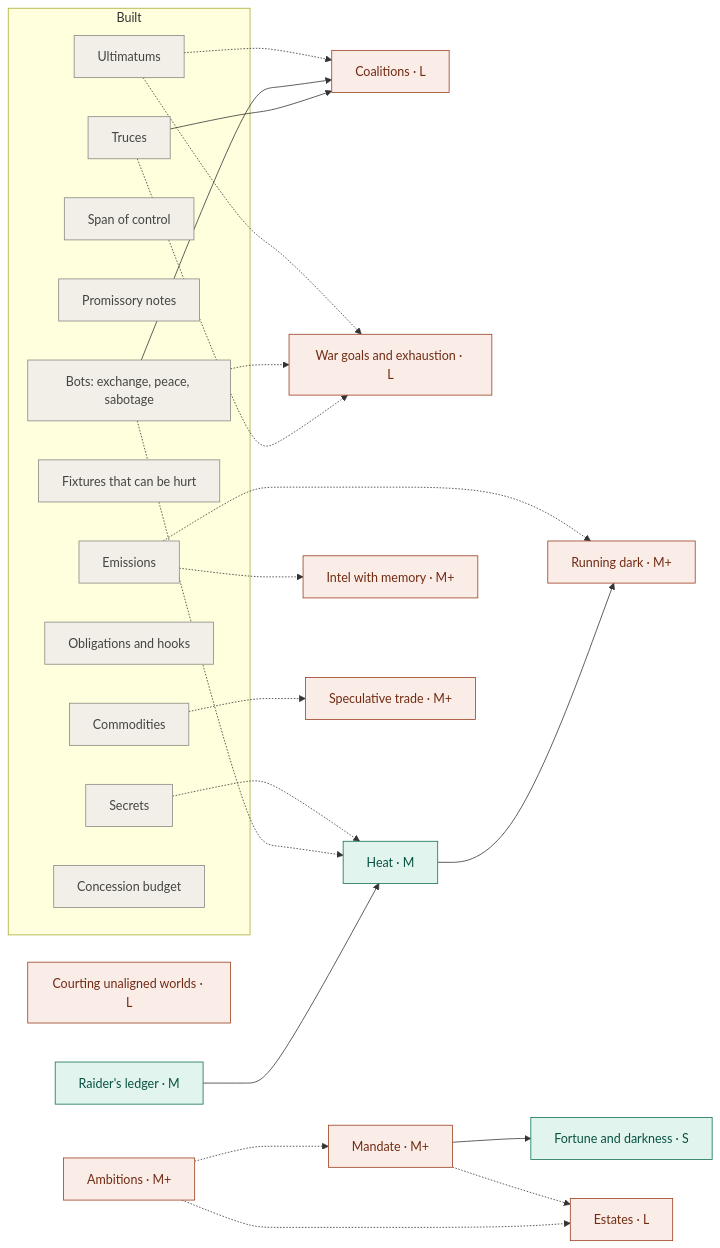
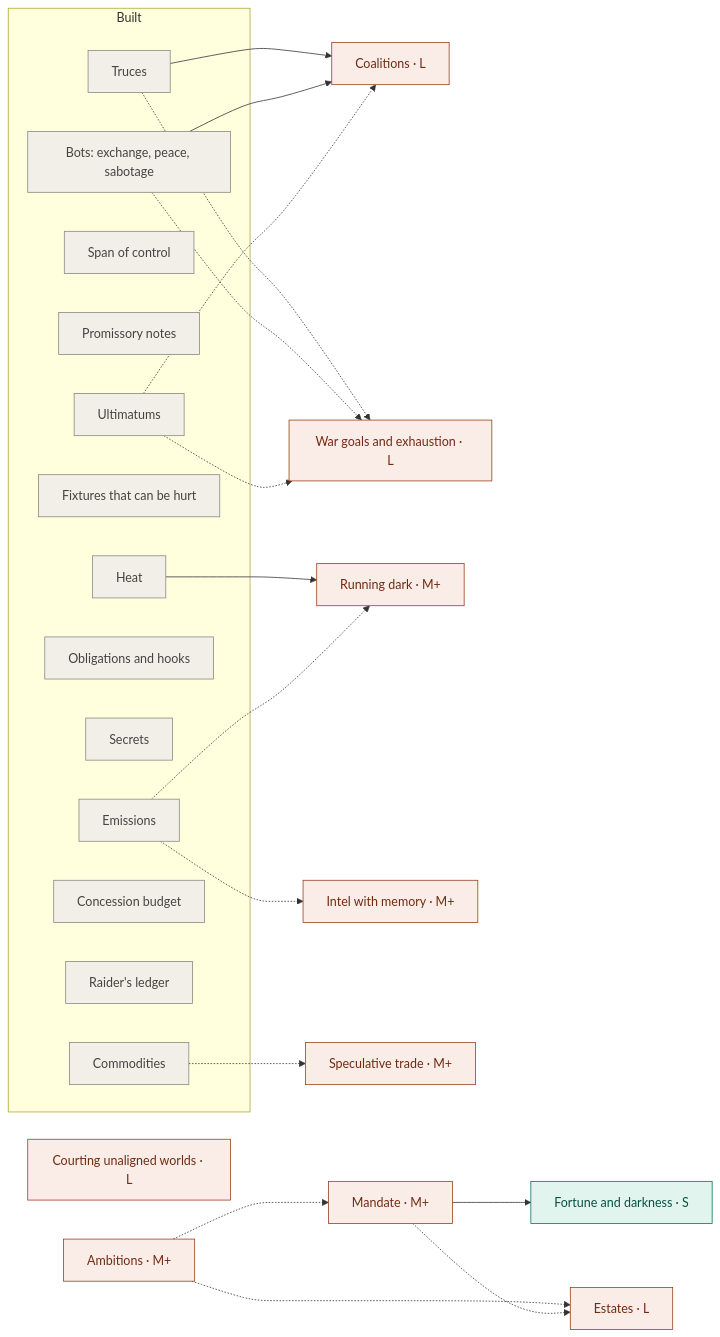
Before and after one commit to 1adityashetty1/paxgalactica: the diagram in docs/brainstorm-2026-10-02.md, drawn with Mermaid. The commit also changed other lines of this file and 29 other files, not shown here.

````diff
--- a/docs/brainstorm-2026-10-02.md
+++ b/docs/brainstorm-2026-10-02.md
@@ -604,37 +619,37 @@
 ```mermaid
 flowchart LR
   classDef light fill:#E1F5EE,stroke:#0F6E56,color:#085041
   classDef heavy fill:#FAECE7,stroke:#993C1D,color:#712B13
   classDef done fill:#F1EFE8,stroke:#888780,color:#444441
 
   subgraph built["Built"]
     truces["Truces"]:::done
     emissions["Emissions"]:::done
     span["Span of control"]:::done
     notes["Promissory notes"]:::done
     commodities["Commodities"]:::done
     fixtures["Fixtures that can be hurt"]:::done
     accords["Bots: exchange, peace, sabotage"]:::done
     obligations["Obligations and hooks"]:::done
     secrets["Secrets"]:::done
     ultimatums["Ultimatums"]:::done
     concession["Concession budget"]:::done
+    ledger["Raider's ledger"]:::done
+    heat["Heat"]:::done
   end
 
   truces --> coalitions["Coalitions · L"]:::heavy
   accords --> coalitions
   ultimatums -.-> coalitions
   truces -.-> wargoals["War goals and exhaustion · L"]:::heavy
   accords -.-> wargoals
   ultimatums -.-> wargoals
-  ledger["Raider's ledger · M"]:::light --> heat["Heat · M"]:::light --> dark["Running dark · M+"]:::heavy
-  accords -.-> heat
-  secrets -.-> heat
+  heat --> dark["Running dark · M+"]:::heavy
   emissions -.-> dark
   emissions -.-> intel["Intel with memory · M+"]:::heavy
   commodities -.-> spec["Speculative trade · M+"]:::heavy
   ambitions["Ambitions · M+"]:::heavy -.-> mandate["Mandate · M+"]:::heavy --> fortune["Fortune and darkness · S"]:::light
   ambitions -.-> estates["Estates · L"]:::heavy
   mandate -.-> estates
   courting["Courting unaligned worlds · L"]:::heavy
 ```
````
